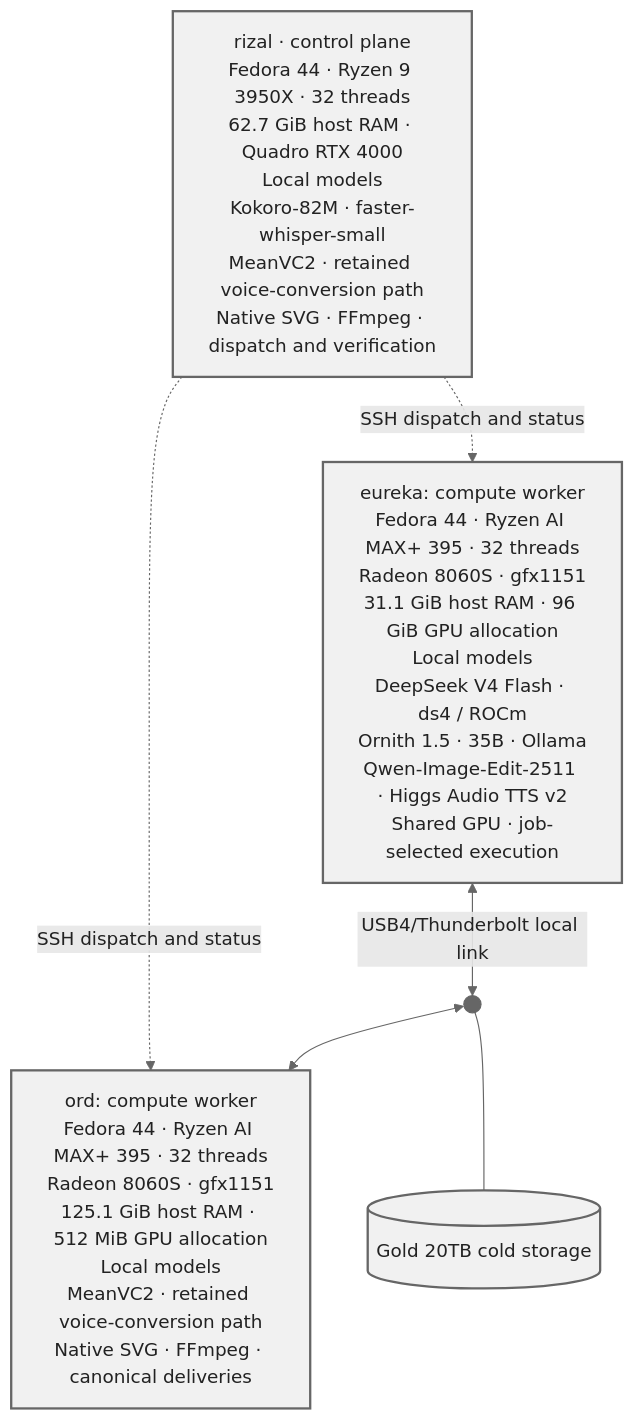
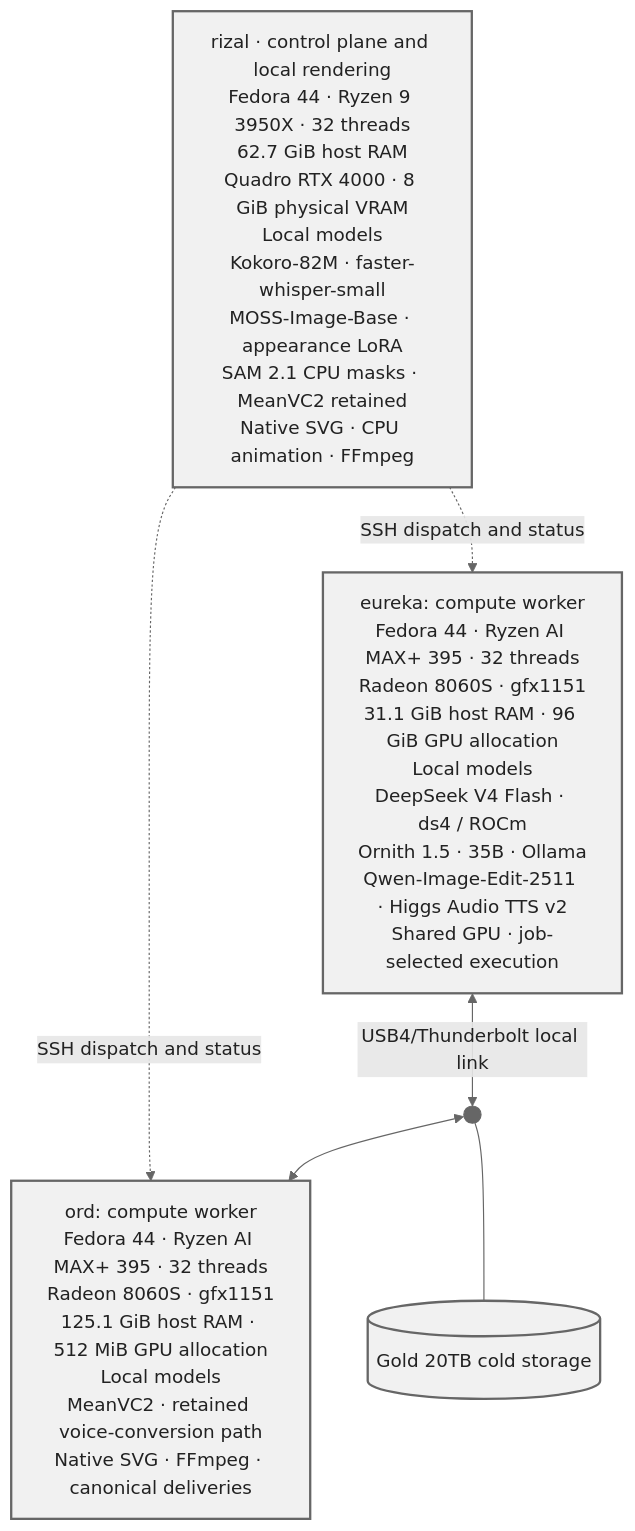
The second of 3 diagrams in docs/workflows.md (bdekoz/izzi.public), drawn with Mermaid before and after one commit. The commit also changed other lines of this file and 2630 other files, not shown here.

````diff
--- a/docs/workflows.md
+++ b/docs/workflows.md
@@ -137,17 +171,17 @@
 ```mermaid
 flowchart TB
-    R["rizal · control plane<br/>Fedora 44 · Ryzen 9 3950X · 32 threads<br/>62.7 GiB host RAM · Quadro RTX 4000<br/>Local models<br/>Kokoro-82M · faster-whisper-small<br/>MeanVC2 · retained voice-conversion path<br/>Native SVG · FFmpeg · dispatch and verification"]
+    R["rizal · control plane and local rendering<br/>Fedora 44 · Ryzen 9 3950X · 32 threads<br/>62.7 GiB host RAM<br/>Quadro RTX 4000 · 8 GiB physical VRAM<br/>Local models<br/>Kokoro-82M · faster-whisper-small<br/>MOSS-Image-Base · appearance LoRA<br/>SAM 2.1 CPU masks · MeanVC2 retained<br/>Native SVG · CPU animation · FFmpeg"]
     E["eureka: compute worker<br/>Fedora 44 · Ryzen AI MAX+ 395 · 32 threads<br/>Radeon 8060S · gfx1151<br/>31.1 GiB host RAM · 96 GiB GPU allocation<br/>Local models<br/>DeepSeek V4 Flash · ds4 / ROCm<br/>Ornith 1.5 · 35B · Ollama<br/>Qwen-Image-Edit-2511 · Higgs Audio TTS v2<br/>Shared GPU · job-selected execution"]
     O["ord: compute worker<br/>Fedora 44 · Ryzen AI MAX+ 395 · 32 threads<br/>Radeon 8060S · gfx1151<br/>125.1 GiB host RAM · 512 MiB GPU allocation<br/>Local models<br/>MeanVC2 · retained voice-conversion path<br/>Native SVG · FFmpeg · canonical deliveries"]
     LINK((" "))
     STORAGE[("Gold 20TB cold storage")]
     R -.->|SSH dispatch and status| E
     R -.->|SSH dispatch and status| O
     E <-->|USB4/Thunderbolt local link| LINK
     LINK <--> O
     LINK --- STORAGE
     classDef machine fill:#f1f1f1,stroke:#666666,color:#222222,stroke-width:2px
     class R,E,O,STORAGE machine
     style LINK fill:#666666,stroke:#666666,color:#222222
     linkStyle default stroke:#666666,color:#222222
 ```
````
